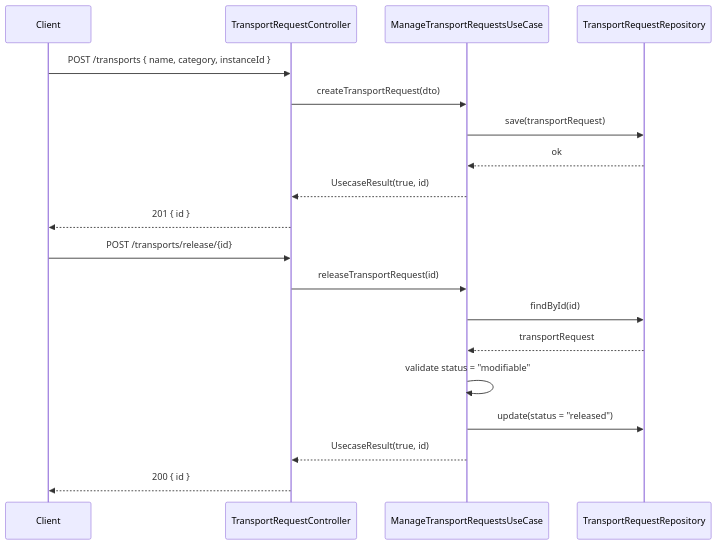
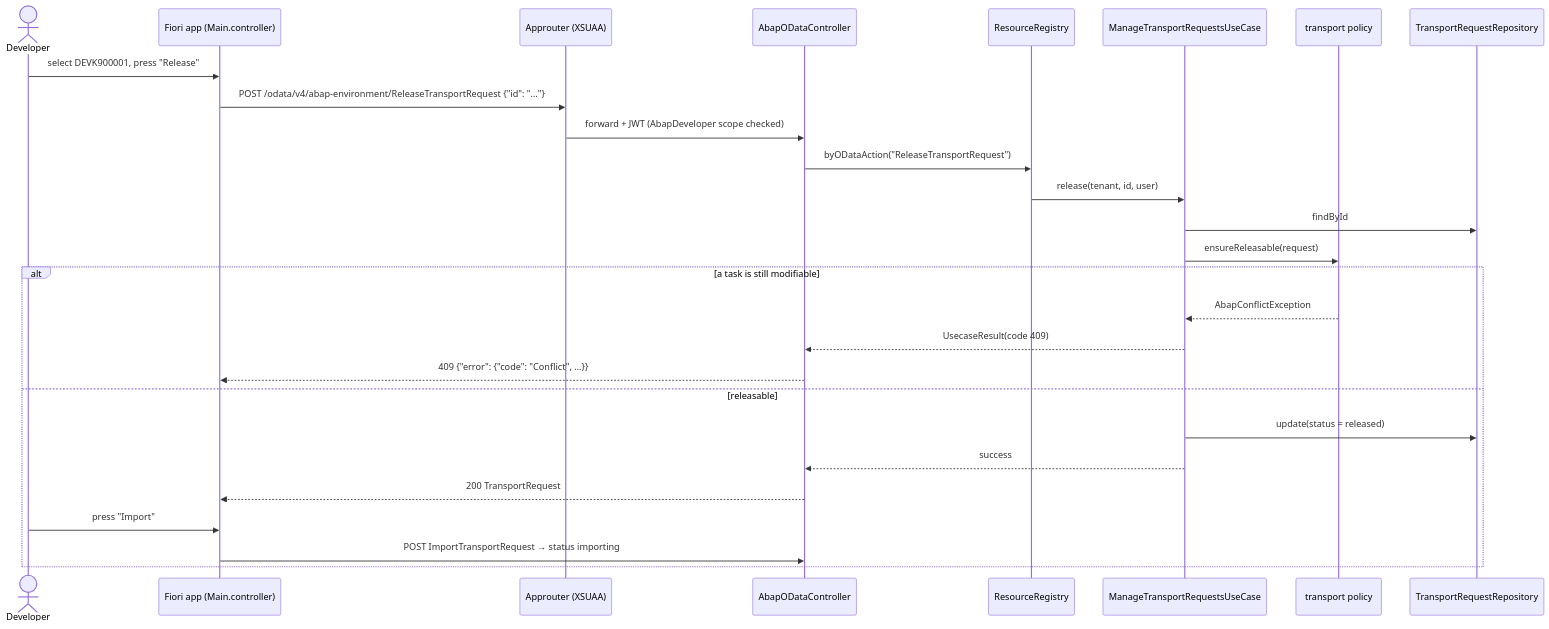
Before and after one commit to UIMSolutions/uim-platform: the fifth of 8 diagrams in abap-environment/UML.md, drawn with Mermaid. The commit also changed other lines of this file and 80 other files, not shown here.

First line of the commit message:
Refactor OAuth 2.0 Service: Update UML documentation, add approuter configuration, and restructure Kubernetes deployment

````diff
--- a/abap-environment/UML.md
+++ b/abap-environment/UML.md
@@ -193,23 +334,30 @@
 ```mermaid
 sequenceDiagram
-    participant Client
-    participant TC as TransportRequestController
-    participant TUC as ManageTransportRequestsUseCase
-    participant TR as TransportRequestRepository
+    actor Dev as Developer
+    participant UI as Fiori app (Main.controller)
+    participant AR as Approuter (XSUAA)
+    participant OD as AbapODataController
+    participant REG as ResourceRegistry
+    participant UC as ManageTransportRequestsUseCase
+    participant POL as transport policy
+    participant REPO as TransportRequestRepository
 
-    Client->>TC: POST /transports { name, category, instanceId }
-    TC->>TUC: createTransportRequest(dto)
-    TUC->>TR: save(transportRequest)
-    TR-->>TUC: ok
-    TUC-->>TC: UsecaseResult(true, id)
-    TC-->>Client: 201 { id }
-
-    Client->>TC: POST /transports/release/{id}
-    TC->>TUC: releaseTransportRequest(id)
-    TUC->>TR: findById(id)
-    TR-->>TUC: transportRequest
-    TUC->>TUC: validate status = "modifiable"
-    TUC->>TR: update(status = "released")
-    TUC-->>TC: UsecaseResult(true, id)
-    TC-->>Client: 200 { id }
+    Dev->>UI: select DEVK900001, press "Release"
+    UI->>AR: POST /odata/v4/abap-environment/ReleaseTransportRequest {"id": "…"}
+    AR->>OD: forward + JWT (AbapDeveloper scope checked)
+    OD->>REG: byODataAction("ReleaseTransportRequest")
+    REG->>UC: release(tenant, id, user)
+    UC->>REPO: findById
+    UC->>POL: ensureReleasable(request)
+    alt a task is still modifiable
+        POL-->>UC: AbapConflictException
+        UC-->>OD: UsecaseResult(code 409)
+        OD-->>UI: 409 {"error": {"code": "Conflict", …}}
+    else releasable
+        UC->>REPO: update(status = released)
+        UC-->>OD: success
+        OD-->>UI: 200 TransportRequest
+        Dev->>UI: press "Import"
+        UI->>OD: POST ImportTransportRequest → status importing
+    end
 ```
````
